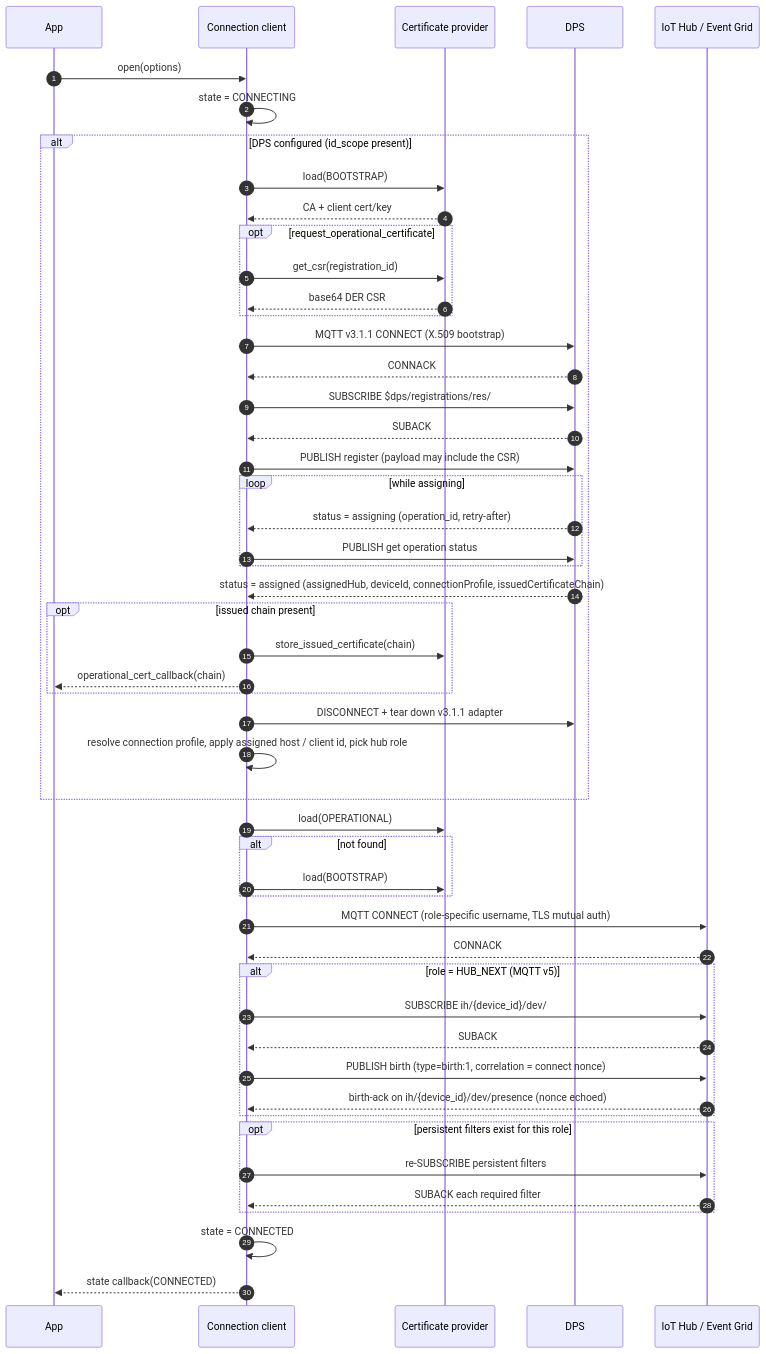
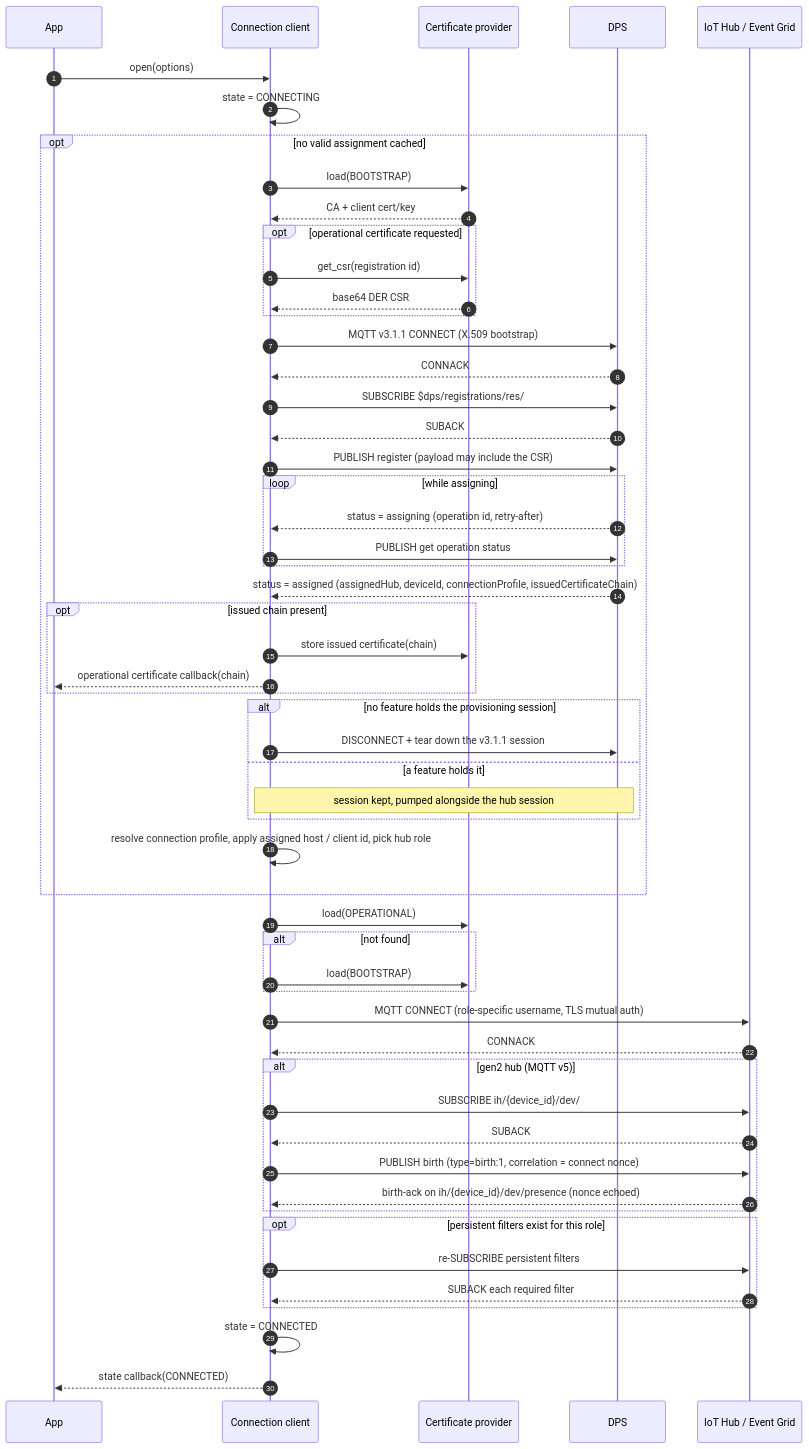
One commit to Azure/azure-iot-sdk changed the third of 9 diagrams in c/docs/connection.md. Above: the diagram before and after it, drawn with Mermaid. The commit also changed other lines of this file, not shown here.

````diff
--- a/c/docs/connection.md
+++ b/c/docs/connection.md
@@ -107,58 +109,62 @@
 ```mermaid
 sequenceDiagram
     autonumber
     participant App
     participant Conn as Connection client
     participant Cert as Certificate provider
     participant DPS
     participant Hub as IoT Hub / Event Grid
 
     App->>Conn: open(options)
     Conn->>Conn: state = CONNECTING
 
-    alt DPS configured (id_scope present)
+    opt no valid assignment cached
         Conn->>Cert: load(BOOTSTRAP)
         Cert-->>Conn: CA + client cert/key
-        opt request_operational_certificate
-            Conn->>Cert: get_csr(registration_id)
+        opt operational certificate requested
+            Conn->>Cert: get_csr(registration id)
             Cert-->>Conn: base64 DER CSR
         end
         Conn->>DPS: MQTT v3.1.1 CONNECT (X.509 bootstrap)
         DPS-->>Conn: CONNACK
         Conn->>DPS: SUBSCRIBE $dps/registrations/res/#
         DPS-->>Conn: SUBACK
         Conn->>DPS: PUBLISH register (payload may include the CSR)
         loop while assigning
-            DPS-->>Conn: status = assigning (operation_id, retry-after)
+            DPS-->>Conn: status = assigning (operation id, retry-after)
             Conn->>DPS: PUBLISH get operation status
         end
         DPS-->>Conn: status = assigned (assignedHub, deviceId, connectionProfile, issuedCertificateChain)
         opt issued chain present
-            Conn->>Cert: store_issued_certificate(chain)
-            Conn-->>App: operational_cert_callback(chain)
+            Conn->>Cert: store issued certificate(chain)
+            Conn-->>App: operational certificate callback(chain)
         end
-        Conn->>DPS: DISCONNECT + tear down v3.1.1 adapter
+        alt no feature holds the provisioning session
+            Conn->>DPS: DISCONNECT + tear down the v3.1.1 session
+        else a feature holds it
+            Note over Conn,DPS: session kept, pumped alongside the hub session
+        end
         Conn->>Conn: resolve connection profile, apply assigned host / client id, pick hub role
     end
 
     Conn->>Cert: load(OPERATIONAL)
     alt not found
         Conn->>Cert: load(BOOTSTRAP)
     end
     Conn->>Hub: MQTT CONNECT (role-specific username, TLS mutual auth)
     Hub-->>Conn: CONNACK
 
-    alt role = HUB_NEXT (MQTT v5)
+    alt gen2 hub (MQTT v5)
         Conn->>Hub: SUBSCRIBE ih/{device_id}/dev/# (QoS 1)
         Hub-->>Conn: SUBACK
         Conn->>Hub: PUBLISH birth (type=birth:1, correlation = connect nonce)
         Hub-->>Conn: birth-ack on ih/{device_id}/dev/presence (nonce echoed)
     end
 
     opt persistent filters exist for this role
       Conn->>Hub: re-SUBSCRIBE persistent filters
       Hub-->>Conn: SUBACK each required filter
     end
     Conn->>Conn: state = CONNECTED
     Conn-->>App: state callback(CONNECTED)
 ```
````
